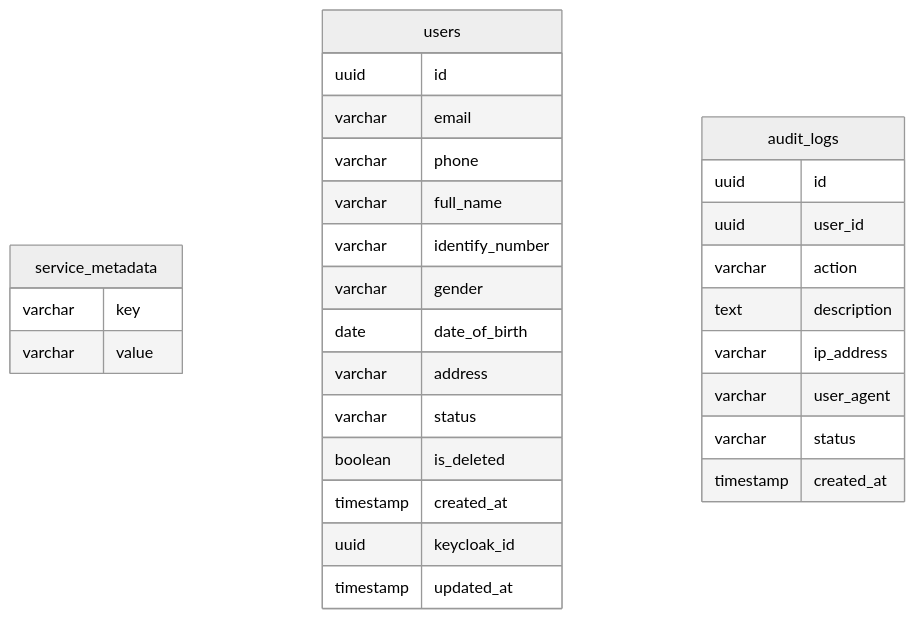
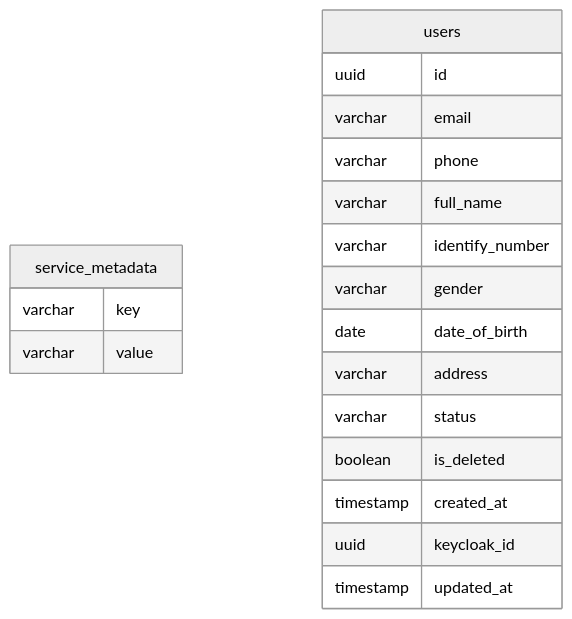
The first of 7 diagrams in docs/database/ERD.md (harry-leon/e-commerce-auction), drawn with Mermaid (neutral theme) before and after one commit. The commit also changed other lines of this file and 5 other files, not shown here.

First line of the commit message:
docs(docs): document and verify final ERD alignment

````diff
--- a/docs/database/ERD.md
+++ b/docs/database/ERD.md
@@ -7,33 +7,23 @@
 ```mermaid
 erDiagram
   service_metadata {
     varchar key
     varchar value
   }
   users {
     uuid id
     varchar email
     varchar phone
     varchar full_name
     varchar identify_number
     varchar gender
     date date_of_birth
     varchar address
     varchar status
     boolean is_deleted
     timestamp created_at
     uuid keycloak_id
     timestamp updated_at
   }
-  audit_logs {
-    uuid id
-    uuid user_id
-    varchar action
-    text description
-    varchar ip_address
-    varchar user_agent
-    varchar status
-    timestamp created_at
-  }
 
 ```
````
